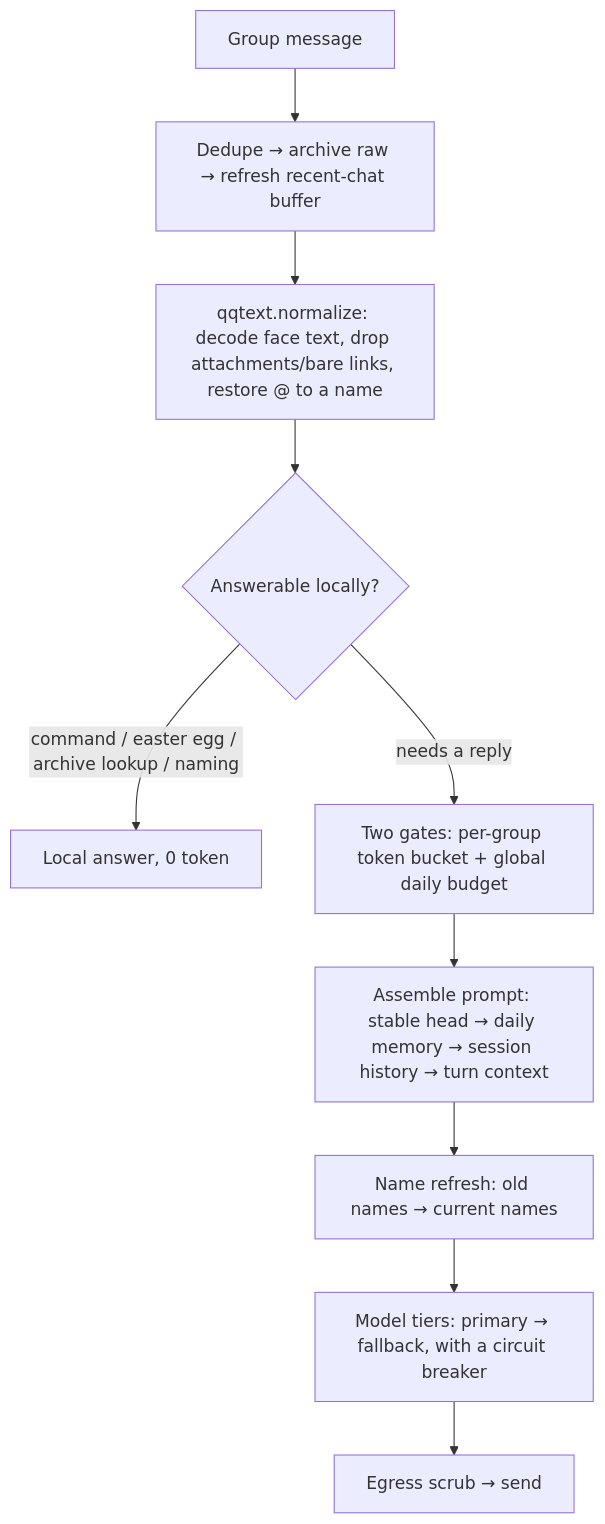
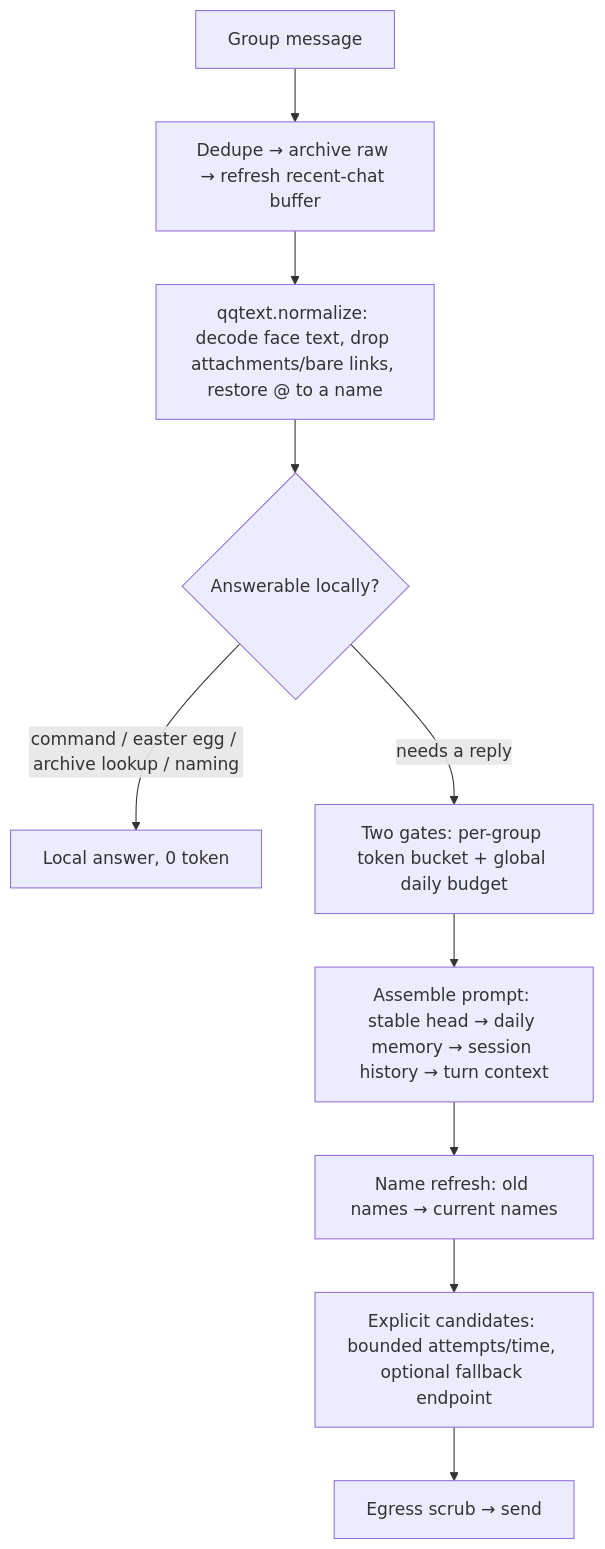
One commit to dubianche123/micro-banter-harness changed the diagram in docs/DESIGN_NOTES_EN.md. Above: the diagram before and after it, drawn with Mermaid. The commit also changed other lines of this file and 22 other files, not shown here.

````diff
--- a/docs/DESIGN_NOTES_EN.md
+++ b/docs/DESIGN_NOTES_EN.md
@@ -321,12 +161,12 @@
 ```mermaid
 flowchart TD
     A[Group message] --> B[Dedupe → archive raw → refresh recent-chat buffer]
     B --> C[qqtext.normalize: decode face text, drop attachments/bare links, restore @ to a name]
     C --> D{Answerable locally?}
     D -->|command / easter egg / archive lookup / naming| E[Local answer, 0 token]
     D -->|needs a reply| F[Two gates: per-group token bucket + global daily budget]
     F --> G[Assemble prompt: stable head → daily memory → session history → turn context]
     G --> G2[Name refresh: old names → current names]
-    G2 --> H[Model tiers: primary → fallback, with a circuit breaker]
+    G2 --> H[Explicit candidates: bounded attempts/time, optional fallback endpoint]
     H --> I[Egress scrub → send]
 ```
````
